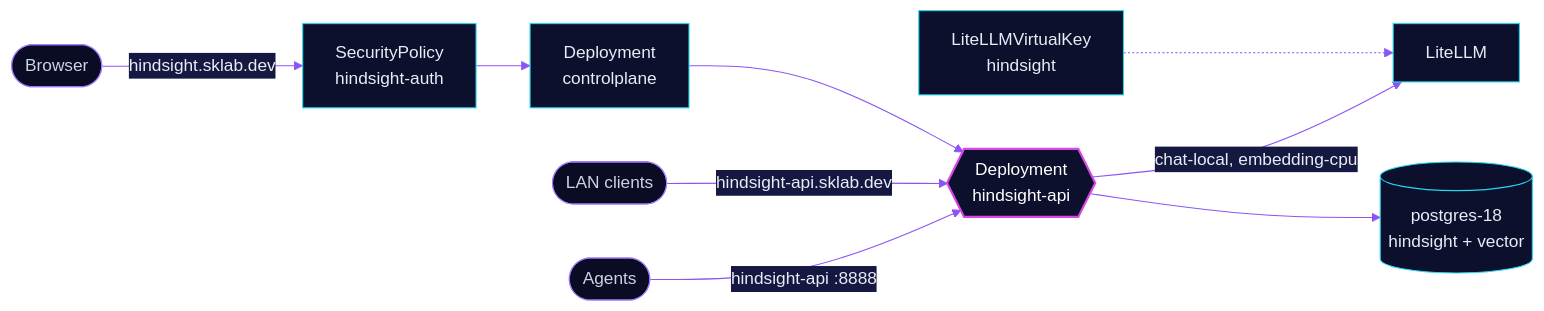
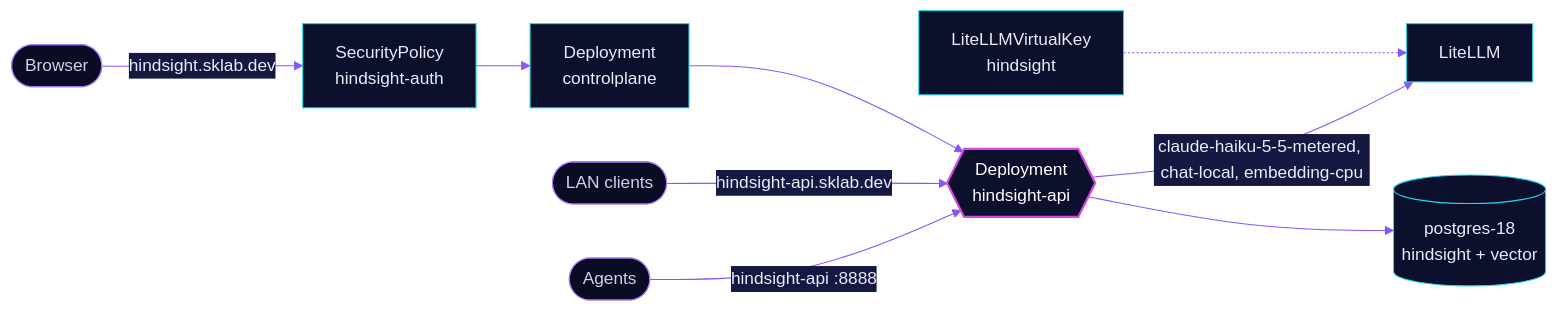
Before and after one commit to skrumbach/home-ops: the diagram in kubernetes/apps/base/ai/hindsight/README.md, drawn with Mermaid. The commit also changed other lines of this file and 6 other files, not shown here.

First line of the commit message:
feat(hindsight): run memory LLM calls on Haiku 5.5 (metered), chat-local as failover

````diff
--- a/kubernetes/apps/base/ai/hindsight/README.md
+++ b/kubernetes/apps/base/ai/hindsight/README.md
@@ -42,15 +43,15 @@
 ```mermaid
 %%{init: {'theme':'base','themeVariables':{'primaryColor':'#0D102C','primaryTextColor':'#E9ECF7','primaryBorderColor':'#22D8F0','lineColor':'#8B55F5','secondaryColor':'#151941','tertiaryColor':'#090C22','edgeLabelBackground':'#151941'}}}%%
 flowchart LR
   agent(["Agents"]) -->|"hindsight-api :8888"| api{{"Deployment<br/>hindsight-api"}}
   dev(["LAN clients"]) -->|"hindsight-api.sklab.dev"| api
   user(["Browser"]) -->|"hindsight.sklab.dev"| pol["SecurityPolicy<br/>hindsight-auth"] --> cp["Deployment<br/>controlplane"]
   cp --> api
-  api -->|"chat-local, embedding-cpu"| llm["LiteLLM"]
+  api -->|"claude-haiku-5-5-metered, chat-local, embedding-cpu"| llm["LiteLLM"]
   api --> db[("postgres-18<br/>hindsight + vector")]
   key["LiteLLMVirtualKey<br/>hindsight"] -.-> llm
   classDef accent fill:#0D102C,stroke:#D946E6,stroke-width:2px,color:#FFFFFF
   classDef ext fill:#090C22,stroke:#A57BFF,color:#CDD2E6
   class api accent
   class agent,user,dev ext
 ```
````
